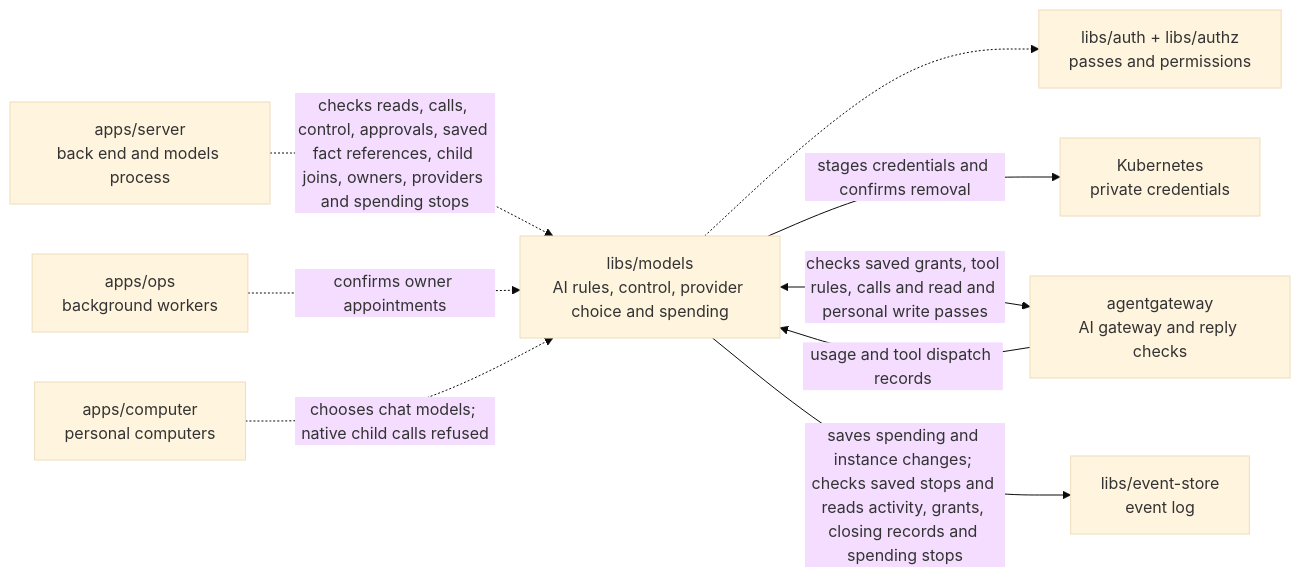
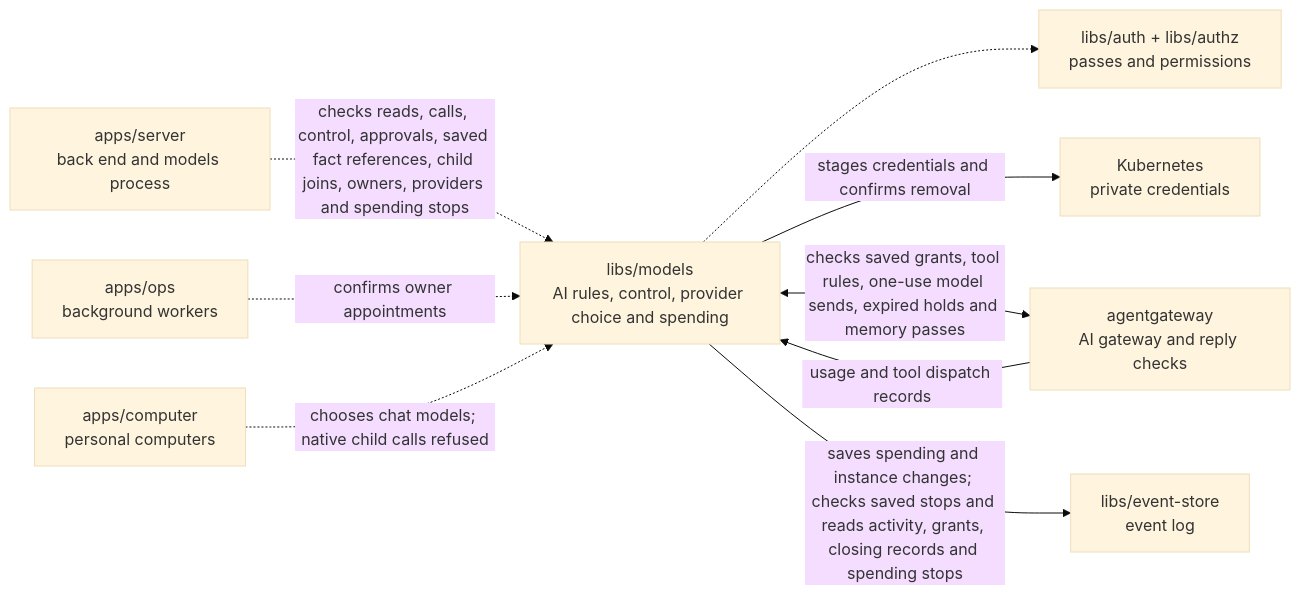
Before and after one commit to elewa-git/opencrane-new: the diagram in libs/models/README.md, drawn with Mermaid (base theme). The commit also changed other lines of this file and 25 other files, not shown here.

First line of the commit message:
🧾 Every model and provider send passes one final budget check, and expired holds can never send (#349)

````diff
--- a/libs/models/README.md
+++ b/libs/models/README.md
@@ -14,11 +14,11 @@
 ```mermaid
 flowchart LR
   server["apps/server<br/>back end and models process"] -.->|checks reads, calls, control, approvals, saved fact references, child joins, owners, providers and spending stops| models["libs/models<br/>AI rules, control, provider choice and spending"]
   ops["apps/ops<br/>background workers"] -.->|confirms owner appointments| models
   computer["apps/computer<br/>personal computers"] -.->|chooses chat models; native child calls refused| models
   models -.-> auth["libs/auth + libs/authz<br/>passes and permissions"]
   models -->|stages credentials and confirms removal| custody["Kubernetes<br/>private credentials"]
-  models <-->|checks saved grants, tool rules, calls and read and personal write passes| gateway["agentgateway<br/>AI gateway and reply checks"]
+  models <-->|checks saved grants, tool rules, one-use model sends, expired holds and memory passes| gateway["agentgateway<br/>AI gateway and reply checks"]
   gateway -->|usage and tool dispatch records| models
   models -->|saves spending and instance changes; checks saved stops and reads activity, grants, closing records and spending stops| store["libs/event-store<br/>event log"]
 ```
````
